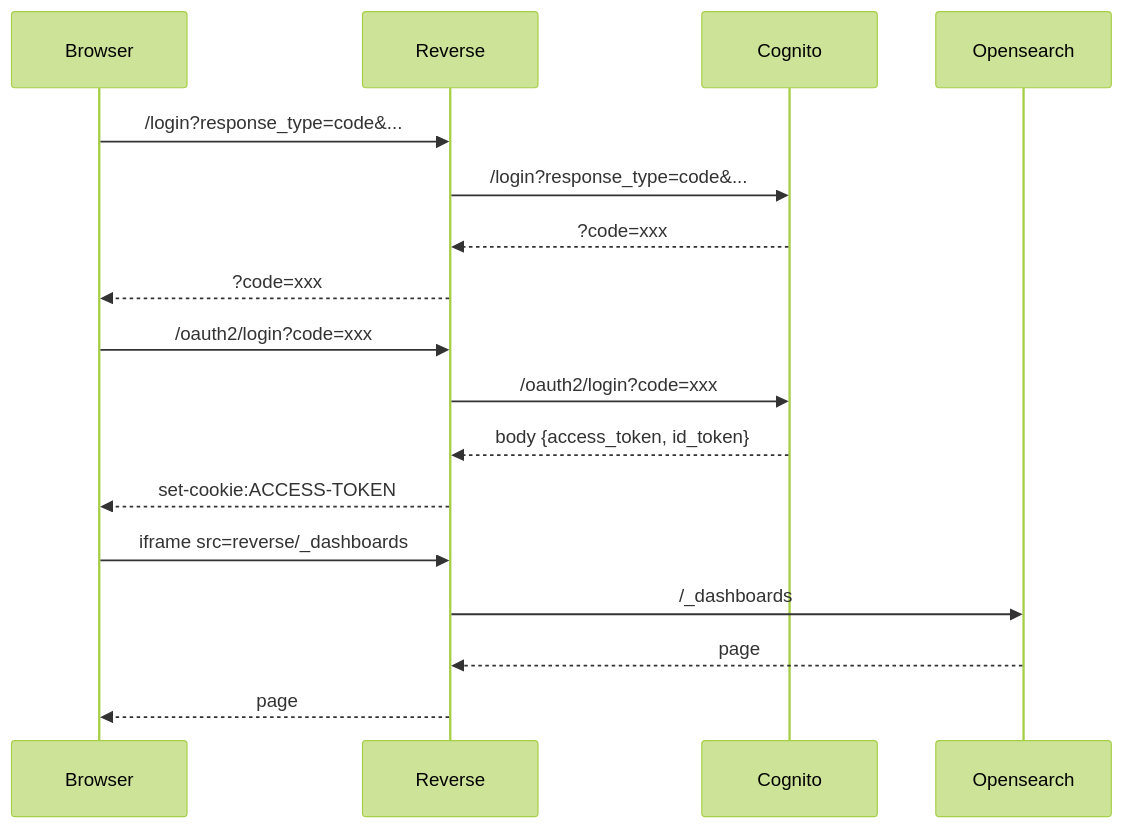
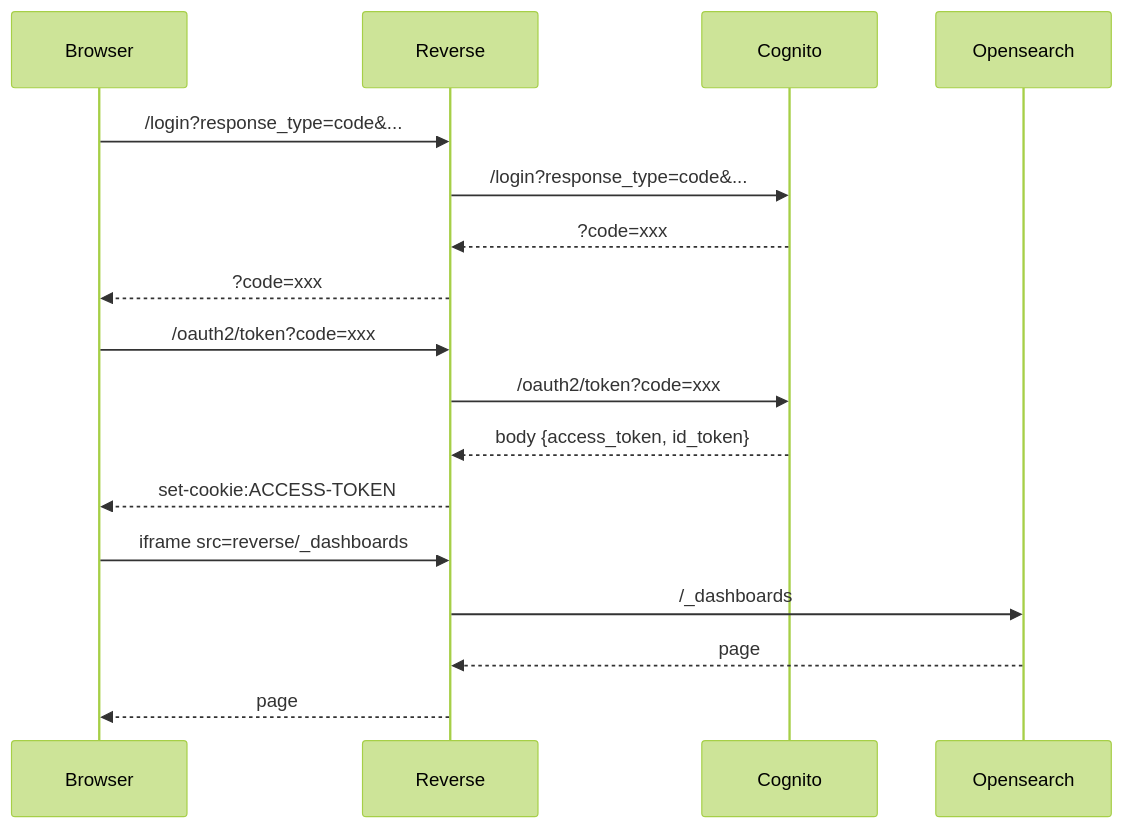
The diagram in README.md (orlandobrea/opensearch-dashboard-login), drawn with Mermaid (forest theme) before and after one commit.

Commit message:
docs: fix oauth2 endpoint

````diff
--- a/README.md
+++ b/README.md
@@ -23,19 +23,19 @@
 ```mermaid
 sequenceDiagram
     participant Browser 
     participant Reverse 
     participant Cognito 
     participant Opensearch 
     Browser->>Reverse: /login?response_type=code&...
     Reverse->>Cognito: /login?response_type=code&...
     Cognito-->>Reverse: ?code=xxx
     Reverse-->>Browser: ?code=xxx
-    Browser->>Reverse: /oauth2/login?code=xxx
-    Reverse->>Cognito: /oauth2/login?code=xxx
+    Browser->>Reverse: /oauth2/token?code=xxx
+    Reverse->>Cognito: /oauth2/token?code=xxx
     Cognito-->>Reverse: body {access_token, id_token}
     Reverse-->>Browser: set-cookie:ACCESS-TOKEN
     Browser->>Reverse: iframe src=reverse/_dashboards
     Reverse->>Opensearch: /_dashboards
     Opensearch-->>Reverse: page
     Reverse-->>Browser: page
 ```
````
